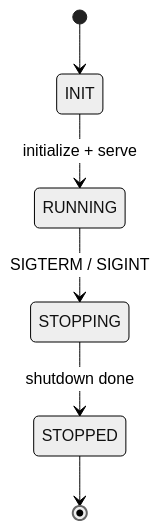
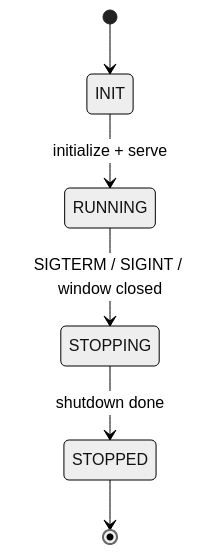
One commit to DarkSpaceY/NAN-itself changed the seventh of 7 diagrams in docs/for-contributors/architecture.md. Above: the diagram before and after it, drawn with Mermaid (neutral theme). The commit also changed other lines of this file and 10 other files, not shown here.

````diff
--- a/docs/for-contributors/architecture.md
+++ b/docs/for-contributors/architecture.md
@@ -527,8 +539,8 @@
 ```mermaid
 stateDiagram-v2
     [*] --> INIT
     INIT --> RUNNING: initialize + serve
-    RUNNING --> STOPPING: SIGTERM / SIGINT
+    RUNNING --> STOPPING: SIGTERM / SIGINT / window closed
     STOPPING --> STOPPED: shutdown done
     STOPPED --> [*]
 ```
````
